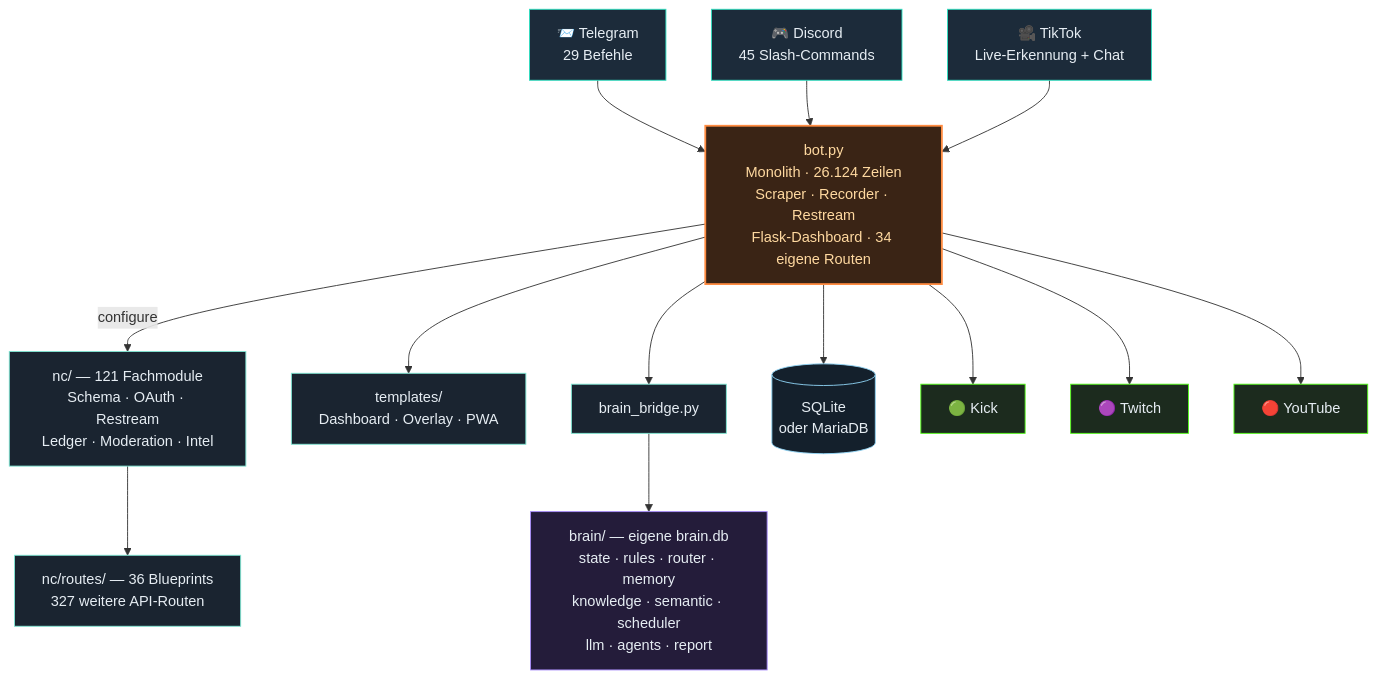
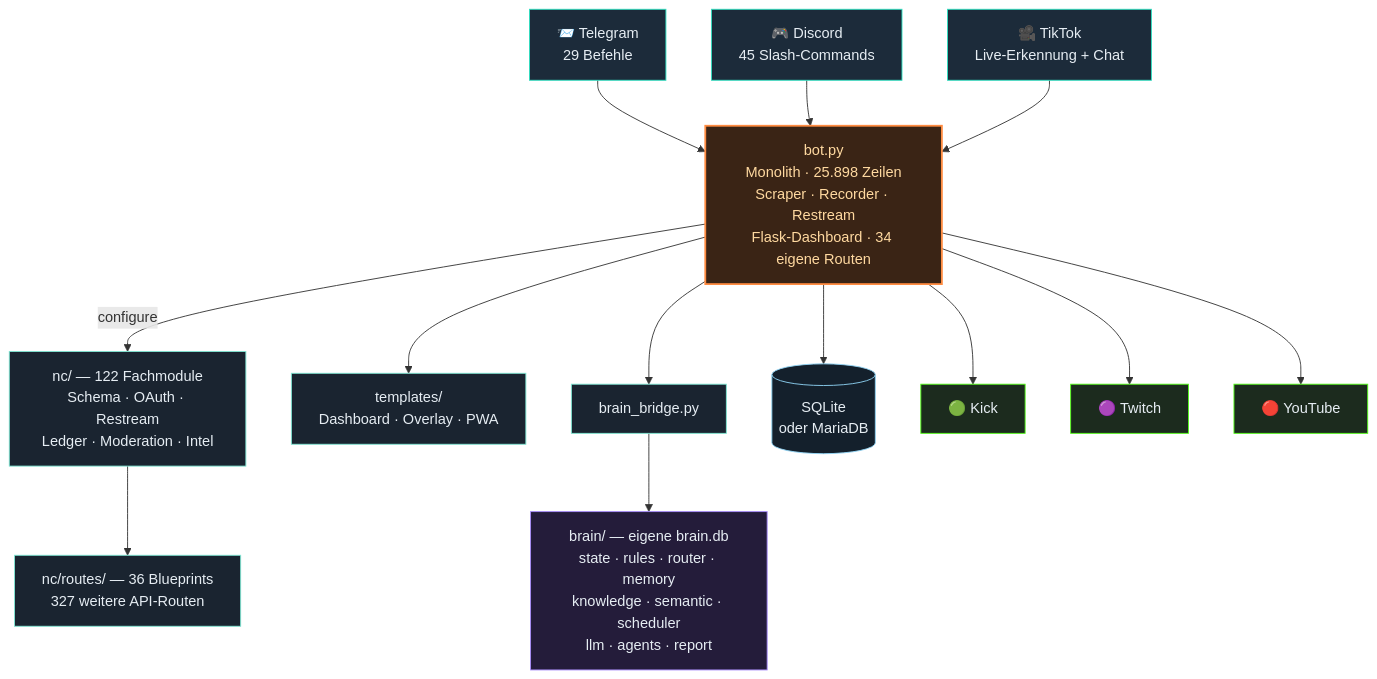
Before and after one commit to itsamemedev/Telegram-Stream-Info-Bot: the third of 4 diagrams in README.md, drawn with Mermaid. The commit also changed other lines of this file and 7 other files, not shown here.

````diff
--- a/README.md
+++ b/README.md
@@ -189,30 +189,30 @@
 ```mermaid
 flowchart TB
     TG["📨 Telegram<br/>29 Befehle"]:::ein
     DC["🎮 Discord<br/>45 Slash-Commands"]:::ein
     TT["🎥 TikTok<br/>Live-Erkennung + Chat"]:::ein
 
     TG --> BOT
     DC --> BOT
     TT --> BOT
 
-    BOT["bot.py<br/>Monolith · 26.124 Zeilen<br/>Scraper · Recorder · Restream<br/>Flask-Dashboard · 34 eigene Routen"]:::core
+    BOT["bot.py<br/>Monolith · 25.898 Zeilen<br/>Scraper · Recorder · Restream<br/>Flask-Dashboard · 34 eigene Routen"]:::core
 
-    BOT -->|configure| NC["nc/ — 121 Fachmodule<br/>Schema · OAuth · Restream<br/>Ledger · Moderation · Intel"]:::lib
+    BOT -->|configure| NC["nc/ — 122 Fachmodule<br/>Schema · OAuth · Restream<br/>Ledger · Moderation · Intel"]:::lib
     NC --> RT["nc/routes/ — 36 Blueprints<br/>327 weitere API-Routen"]:::lib
     BOT --> TPL["templates/<br/>Dashboard · Overlay · PWA"]:::lib
     BOT --> BR["brain_bridge.py"]:::lib
     BR --> BRAIN["brain/ — eigene brain.db<br/>state · rules · router · memory<br/>knowledge · semantic · scheduler<br/>llm · agents · report"]:::brain
     BOT --> DB[("SQLite<br/>oder MariaDB")]:::db
 
     BOT --> KICK["🟢 Kick"]:::out
     BOT --> TW["🟣 Twitch"]:::out
     BOT --> YT["🔴 YouTube"]:::out
 
     classDef ein fill:#1c2b3a,stroke:#2de1c2,color:#e6edf3
     classDef core fill:#3a2415,stroke:#ff8c42,stroke-width:2px,color:#ffd9a0
     classDef lib fill:#1a2430,stroke:#7fe7d4,color:#e6edf3
     classDef brain fill:#241c3a,stroke:#a78bfa,color:#e6edf3
     classDef db fill:#14202c,stroke:#8fd3f4,color:#e6edf3
     classDef out fill:#1c2b1e,stroke:#53fc18,color:#e6edf3
 ```
````
